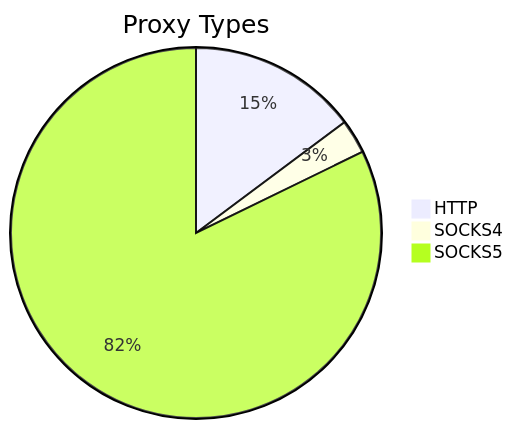
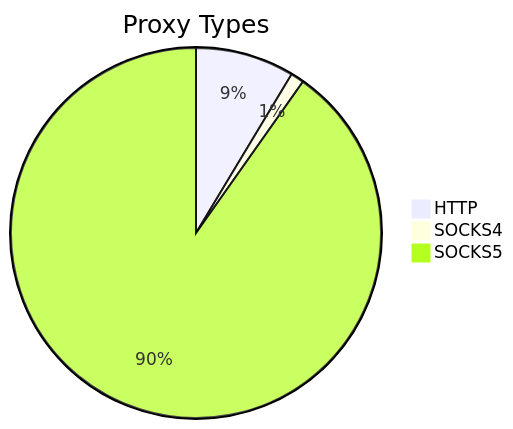
Before and after one commit to stormsia/proxy-list: the first of 2 diagrams in README.md, drawn with Mermaid. The commit also changed other lines of this file, not shown here.

````diff
--- a/README.md
+++ b/README.md
@@ -21,6 +21,6 @@
 ```mermaid
 pie title Proxy Types
-    "HTTP" : 104
-    "SOCKS4" : 21
-    "SOCKS5" : 578
+    "HTTP" : 111
+    "SOCKS4" : 15
+    "SOCKS5" : 1161
 ```
````
